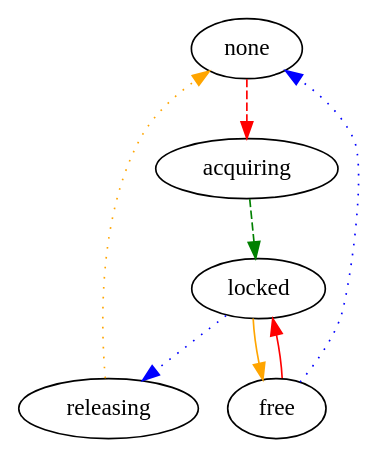
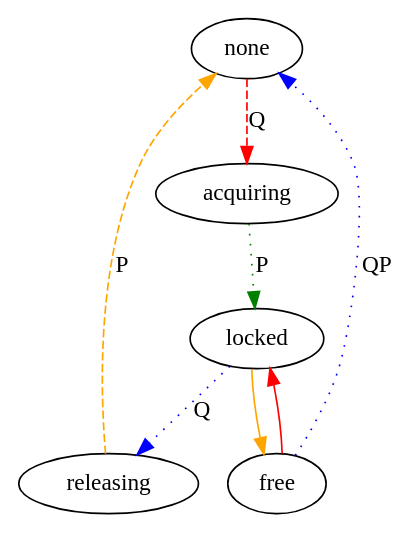
Before and after one commit to nforrester/6.824_labs: the diagram in lock_protocol_diagram.dot, drawn with Graphviz. The commit also changed 1 other file, not shown here.

```diff
--- a/lock_protocol_diagram.dot
+++ b/lock_protocol_diagram.dot
@@ -1,9 +1,9 @@
 digraph Client {
-	none -> acquiring [color=red, style=dashed];
-	acquiring -> locked [color=green, style=dashed];
-	locked -> releasing [color=blue, style=dotted];
-	releasing -> none [color=orange, style=dotted];
-	free -> none [color=blue, style=dotted];
+	none -> acquiring [color=red, style=dashed, label="Q"];
+	acquiring -> locked [color=green, style=dotted, label="P"];
+	locked -> releasing [color=blue, style=dotted, label="Q"];
+	releasing -> none [color=orange, style=dashed, label="P"];
+	free -> none [color=blue, style=dotted, label="QP"];
 	locked -> free [color=orange];
 	free -> locked [color=red];
 }
```
